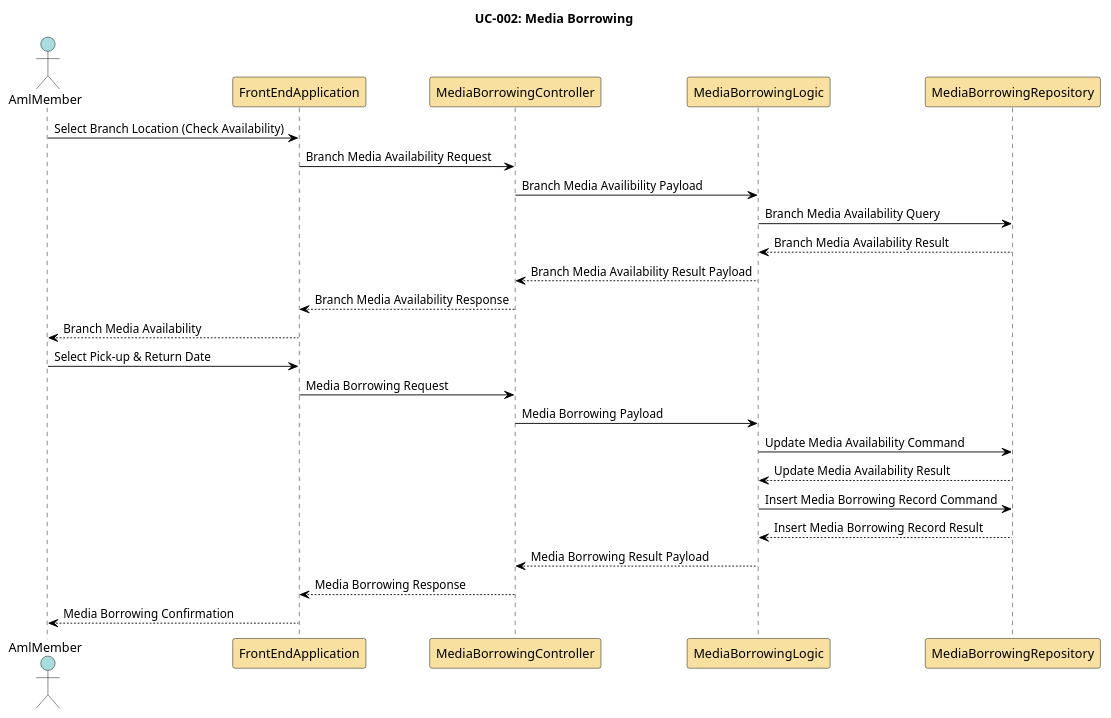
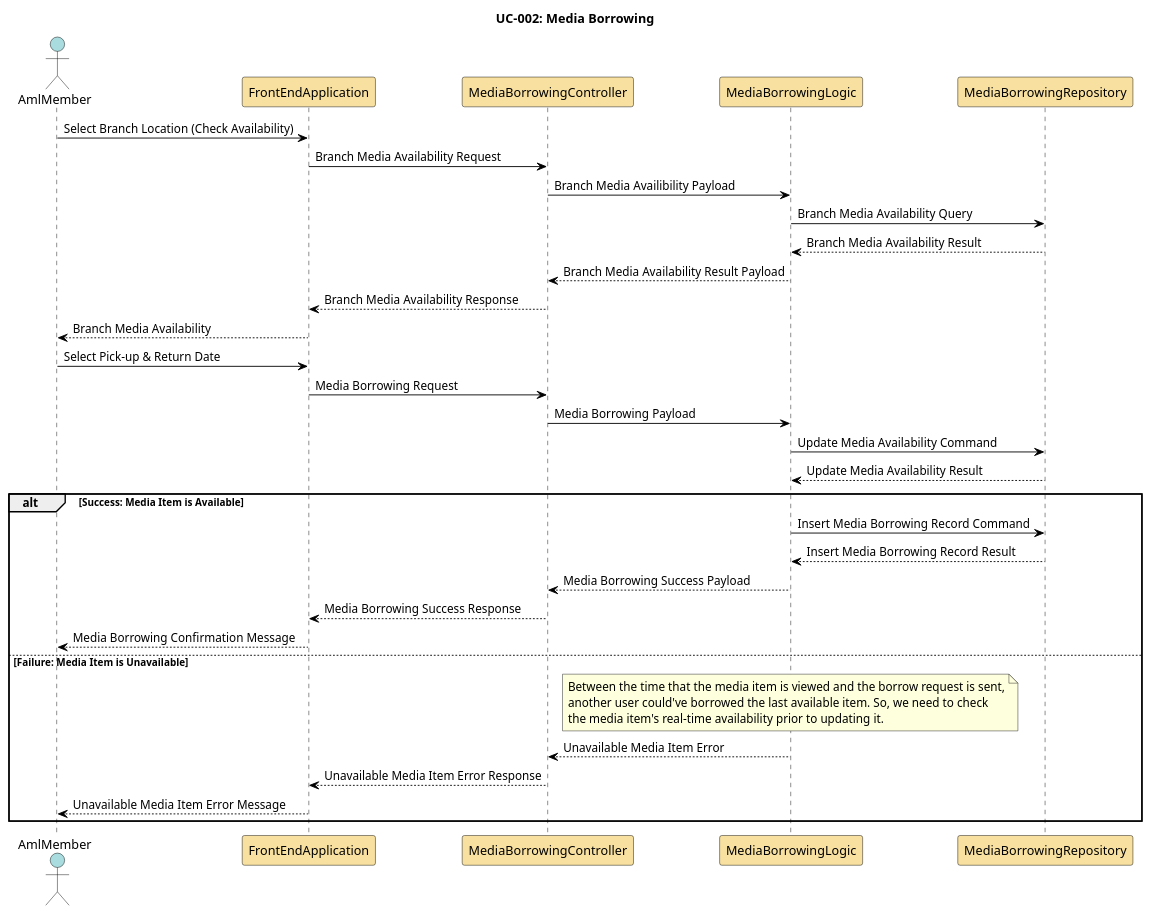
Before and after one commit to Nox-iv/group-11: the diagram in documentation/uml-sequence/media-borrowing/media-borrowing-2.puml, drawn with PlantUML.

Commit message:
Media borrowing sequence diagram alternate scenario.

```diff
--- a/documentation/uml-sequence/media-borrowing/media-borrowing-2.puml
+++ b/documentation/uml-sequence/media-borrowing/media-borrowing-2.puml
@@ -1,49 +1,57 @@
 @startuml media-borrowing
 
 skinparam sequence {
     ActorBorderColor Black
     ActorBackgroundColor #A9DCDF
     ParticipantBorderColor Black
     ParticipantBackgroundColor #F8E1A0
     LifeLineBorderColor Black
     LifeLineBackgroundColor White
     NoteBorderColor Black
     NoteBackgroundColor #FEFECE
     ArrowColor Black
     ArrowThickness 1
     ActivationBorderColor Black
     ActivationBackgroundColor #B3E2CD
 }
 
 title UC-002: Media Borrowing
 
 actor AmlMember as aml_member
 participant FrontEndApplication as front_end
 participant MediaBorrowingController as media_borrowing_controller
 participant MediaBorrowingLogic as media_borrowing_logic
 participant MediaBorrowingRepository as media_borrowing_repo
 
 aml_member -> front_end: Select Branch Location (Check Availability)
 front_end -> media_borrowing_controller: Branch Media Availability Request
 media_borrowing_controller -> media_borrowing_logic: Branch Media Availibility Payload
 media_borrowing_logic -> media_borrowing_repo: Branch Media Availability Query
 media_borrowing_repo --> media_borrowing_logic: Branch Media Availability Result
 media_borrowing_logic --> media_borrowing_controller: Branch Media Availability Result Payload
 media_borrowing_controller --> front_end: Branch Media Availability Response
 front_end --> aml_member: Branch Media Availability 
 
 aml_member -> front_end: Select Pick-up & Return Date
 front_end -> media_borrowing_controller: Media Borrowing Request
 media_borrowing_controller -> media_borrowing_logic: Media Borrowing Payload
 media_borrowing_logic -> media_borrowing_repo: Update Media Availability Command
 media_borrowing_repo --> media_borrowing_logic: Update Media Availability Result
+alt Success: Media Item is Available
 media_borrowing_logic -> media_borrowing_repo: Insert Media Borrowing Record Command
 media_borrowing_repo --> media_borrowing_logic: Insert Media Borrowing Record Result
-media_borrowing_logic --> media_borrowing_controller: Media Borrowing Result Payload
-media_borrowing_controller --> front_end: Media Borrowing Response
-front_end --> aml_member: Media Borrowing Confirmation
-
-
-
+media_borrowing_logic --> media_borrowing_controller: Media Borrowing Success Payload
+media_borrowing_controller --> front_end: Media Borrowing Success Response
+front_end --> aml_member: Media Borrowing Confirmation Message
+else Failure: Media Item is Unavailable
+note over media_borrowing_logic
+Between the time that the media item is viewed and the borrow request is sent,
+another user could've borrowed the last available item. So, we need to check
+the media item's real-time availability prior to updating it.
+end note
+media_borrowing_logic --> media_borrowing_controller: Unavailable Media Item Error
+media_borrowing_controller --> front_end: Unavailable Media Item Error Response
+front_end --> aml_member: Unavailable Media Item Error Message
+end
 
 @enduml
```
